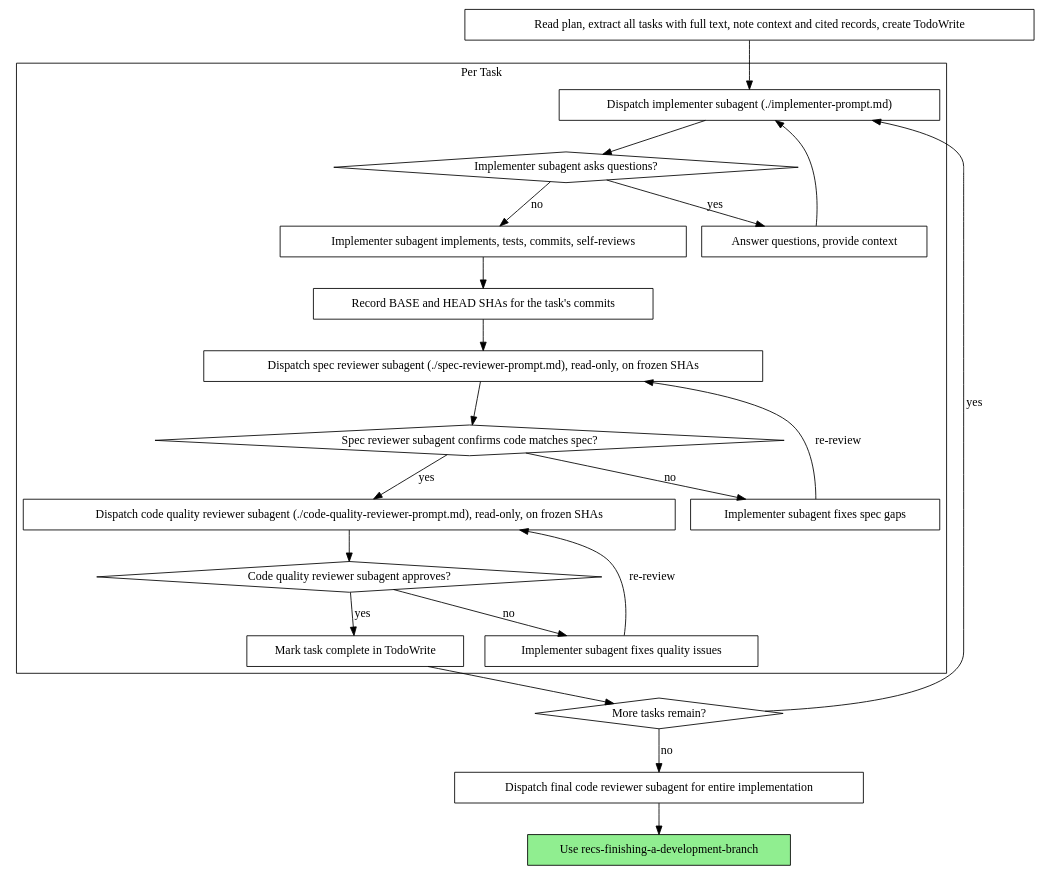
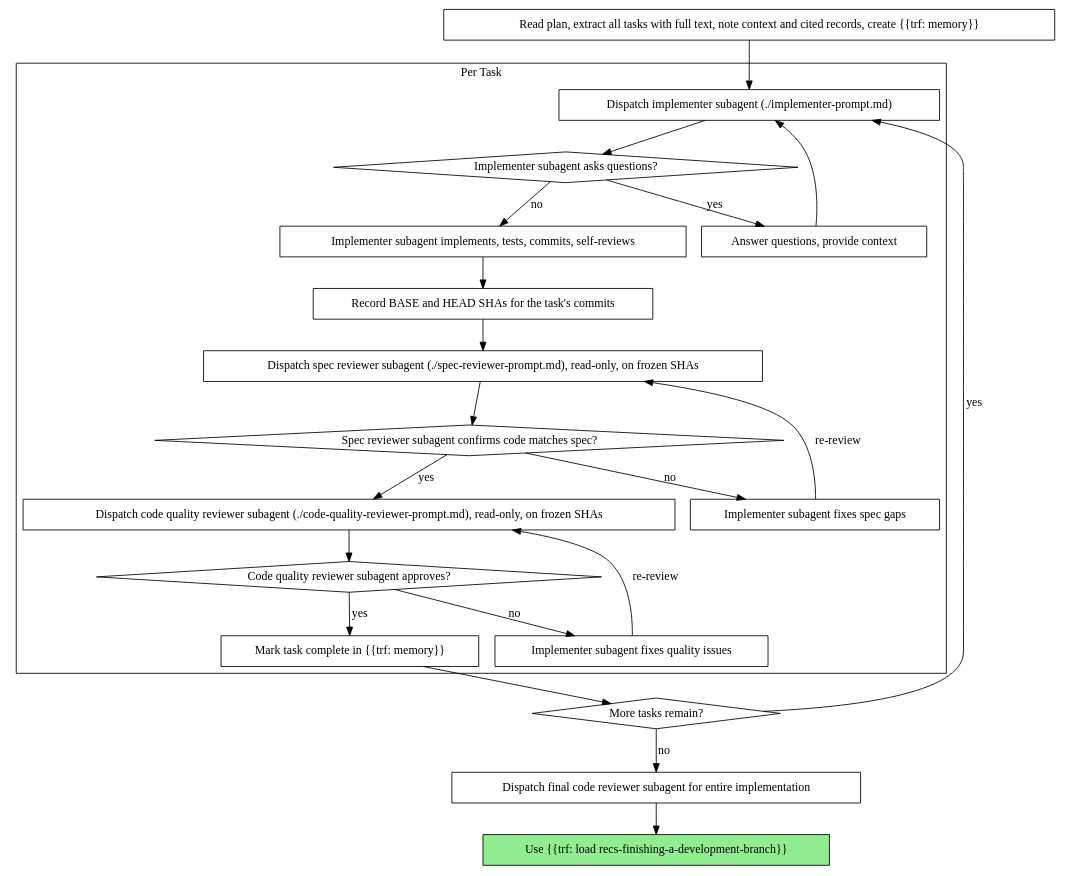
The second of 2 diagrams in skills/recs-subagent-driven-development/SKILL.md (Trevoke/the-recs-files), drawn with Graphviz before and after one commit. The commit also changed other lines of this file and 16 other files, not shown here.

First line of the commit message:
feat: mark harness-dependent phrases and add the skill flow

````diff
--- a/skills/recs-subagent-driven-development/SKILL.md
+++ b/skills/recs-subagent-driven-development/SKILL.md
@@ -42,46 +42,46 @@
 ```dot
 digraph process {
     rankdir=TB;
 
     subgraph cluster_per_task {
         label="Per Task";
         "Dispatch implementer subagent (./implementer-prompt.md)" [shape=box];
         "Implementer subagent asks questions?" [shape=diamond];
         "Answer questions, provide context" [shape=box];
         "Implementer subagent implements, tests, commits, self-reviews" [shape=box];
         "Record BASE and HEAD SHAs for the task's commits" [shape=box];
         "Dispatch spec reviewer subagent (./spec-reviewer-prompt.md), read-only, on frozen SHAs" [shape=box];
         "Spec reviewer subagent confirms code matches spec?" [shape=diamond];
         "Implementer subagent fixes spec gaps" [shape=box];
         "Dispatch code quality reviewer subagent (./code-quality-reviewer-prompt.md), read-only, on frozen SHAs" [shape=box];
         "Code quality reviewer subagent approves?" [shape=diamond];
         "Implementer subagent fixes quality issues" [shape=box];
-        "Mark task complete in TodoWrite" [shape=box];
+        "Mark task complete in {{trf: memory}}" [shape=box];
     }
 
-    "Read plan, extract all tasks with full text, note context and cited records, create TodoWrite" [shape=box];
+    "Read plan, extract all tasks with full text, note context and cited records, create {{trf: memory}}" [shape=box];
     "More tasks remain?" [shape=diamond];
     "Dispatch final code reviewer subagent for entire implementation" [shape=box];
-    "Use recs-finishing-a-development-branch" [shape=box style=filled fillcolor=lightgreen];
+    "Use {{trf: load recs-finishing-a-development-branch}}" [shape=box style=filled fillcolor=lightgreen];
 
-    "Read plan, extract all tasks with full text, note context and cited records, create TodoWrite" -> "Dispatch implementer subagent (./implementer-prompt.md)";
+    "Read plan, extract all tasks with full text, note context and cited records, create {{trf: memory}}" -> "Dispatch implementer subagent (./implementer-prompt.md)";
     "Dispatch implementer subagent (./implementer-prompt.md)" -> "Implementer subagent asks questions?";
     "Implementer subagent asks questions?" -> "Answer questions, provide context" [label="yes"];
     "Answer questions, provide context" -> "Dispatch implementer subagent (./implementer-prompt.md)";
     "Implementer subagent asks questions?" -> "Implementer subagent implements, tests, commits, self-reviews" [label="no"];
     "Implementer subagent implements, tests, commits, self-reviews" -> "Record BASE and HEAD SHAs for the task's commits";
     "Record BASE and HEAD SHAs for the task's commits" -> "Dispatch spec reviewer subagent (./spec-reviewer-prompt.md), read-only, on frozen SHAs";
     "Dispatch spec reviewer subagent (./spec-reviewer-prompt.md), read-only, on frozen SHAs" -> "Spec reviewer subagent confirms code matches spec?";
     "Spec reviewer subagent confirms code matches spec?" -> "Implementer subagent fixes spec gaps" [label="no"];
     "Implementer subagent fixes spec gaps" -> "Dispatch spec reviewer subagent (./spec-reviewer-prompt.md), read-only, on frozen SHAs" [label="re-review"];
     "Spec reviewer subagent confirms code matches spec?" -> "Dispatch code quality reviewer subagent (./code-quality-reviewer-prompt.md), read-only, on frozen SHAs" [label="yes"];
     "Dispatch code quality reviewer subagent (./code-quality-reviewer-prompt.md), read-only, on frozen SHAs" -> "Code quality reviewer subagent approves?";
     "Code quality reviewer subagent approves?" -> "Implementer subagent fixes quality issues" [label="no"];
     "Implementer subagent fixes quality issues" -> "Dispatch code quality reviewer subagent (./code-quality-reviewer-prompt.md), read-only, on frozen SHAs" [label="re-review"];
-    "Code quality reviewer subagent approves?" -> "Mark task complete in TodoWrite" [label="yes"];
-    "Mark task complete in TodoWrite" -> "More tasks remain?";
+    "Code quality reviewer subagent approves?" -> "Mark task complete in {{trf: memory}}" [label="yes"];
+    "Mark task complete in {{trf: memory}}" -> "More tasks remain?";
     "More tasks remain?" -> "Dispatch implementer subagent (./implementer-prompt.md)" [label="yes"];
     "More tasks remain?" -> "Dispatch final code reviewer subagent for entire implementation" [label="no"];
-    "Dispatch final code reviewer subagent for entire implementation" -> "Use recs-finishing-a-development-branch";
+    "Dispatch final code reviewer subagent for entire implementation" -> "Use {{trf: load recs-finishing-a-development-branch}}";
 }
 ```
````
